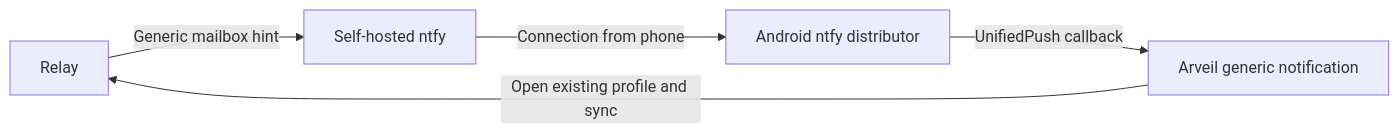
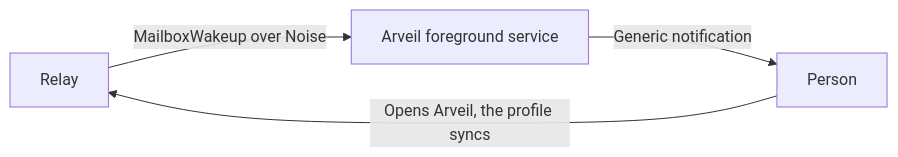
One commit to Ulzuhan/arveil changed the diagram in docs/CLIENT_FILES_NOTIFICATIONS.md. Above: the diagram before and after it, drawn with Mermaid. The commit also changed other lines of this file and 57 other files, not shown here.

First line of the commit message:
Notices from the relay on Android and macOS; retire ntfy from the app (ADR-014) (#151)

````diff
--- a/docs/CLIENT_FILES_NOTIFICATIONS.md
+++ b/docs/CLIENT_FILES_NOTIFICATIONS.md
@@ -72,7 +73,6 @@
 ```mermaid
 flowchart LR
-  R[Relay] -->|Generic mailbox hint| N[Self-hosted ntfy]
-  N -->|Connection from phone| D[Android ntfy distributor]
-  D -->|UnifiedPush callback| A[Arveil generic notification]
-  A -->|Open existing profile and sync| R
+  R[Relay] -->|MailboxWakeup over Noise| S[Arveil foreground service]
+  S -->|Generic notification| P[Person]
+  P -->|Opens Arveil, the profile syncs| R
 ```
````
